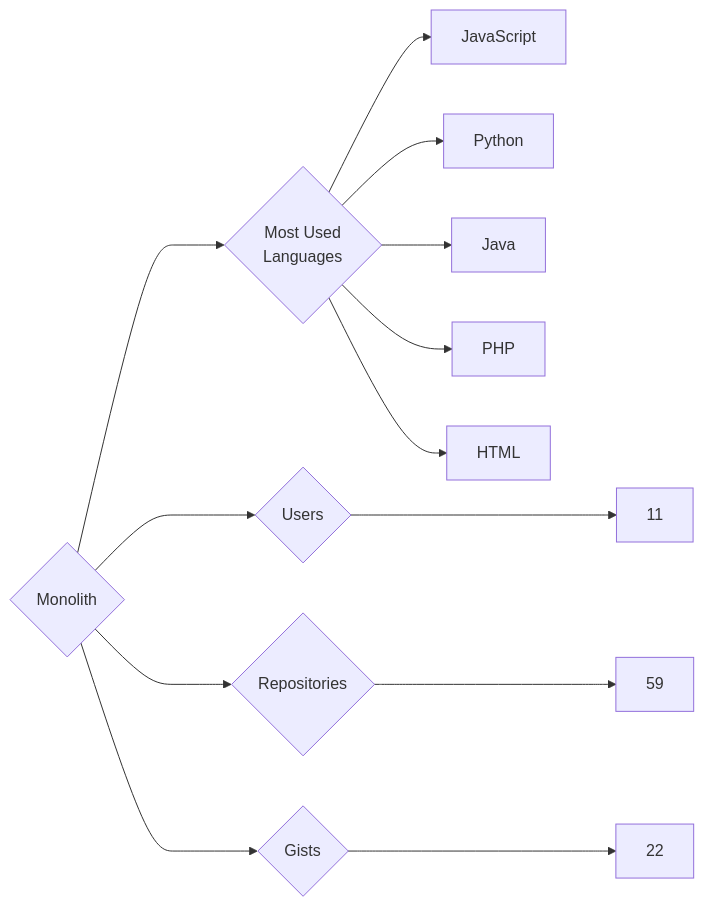
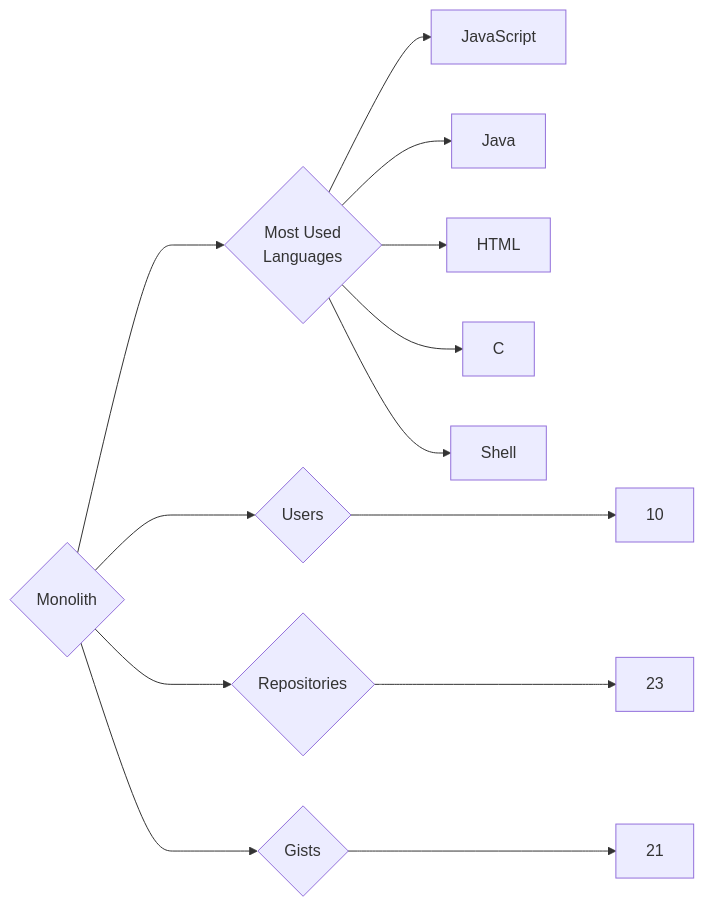
Before and after one commit to trickest/insiders: the diagram in targets/Monolith/README.md, drawn with Mermaid. The commit also changed 964 other files, not shown here.

````diff
--- a/targets/Monolith/README.md
+++ b/targets/Monolith/README.md
@@ -3,13 +3,13 @@
 ```mermaid
 graph LR
 COMPANY_NAME{Monolith}
-COMPANY_NAME ---> U{Users} ---> UN[11]
-COMPANY_NAME ---> R{Repositories} ---> RN[59]
-COMPANY_NAME ---> G{Gists} ---> GN[22]
+COMPANY_NAME ---> U{Users} ---> UN[10]
+COMPANY_NAME ---> R{Repositories} ---> RN[23]
+COMPANY_NAME ---> G{Gists} ---> GN[21]
 COMPANY_NAME ---> ML{Most Used<br>Languages}
 ML --> JavaScript[JavaScript]
-ML --> Python[Python]
 ML --> Java[Java]
-ML --> PHP[PHP]
 ML --> HTML[HTML]
+ML --> C[C]
+ML --> Shell[Shell]
 ```
````
